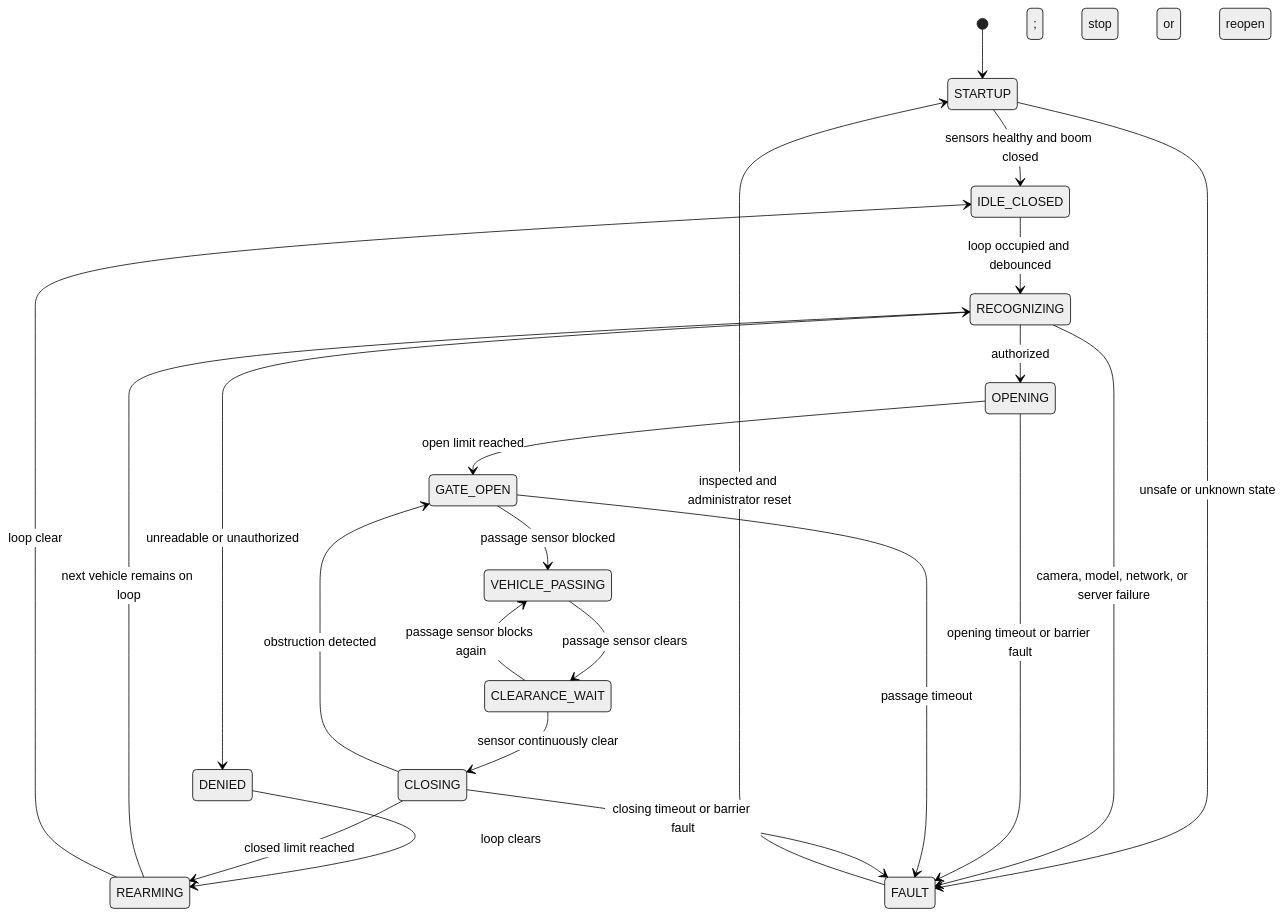
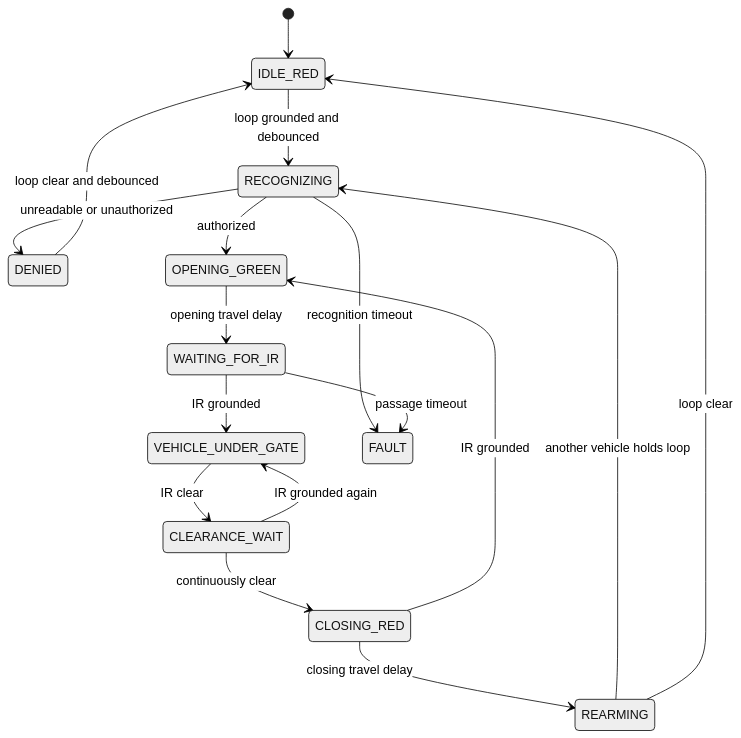
Before and after one commit to T-REXX9/plate-access-control: the diagram in docs/GATE_CONTROL_PLAN.md, drawn with Mermaid (neutral theme). The commit also changed other lines of this file and 18 other files, not shown here.

````diff
--- a/docs/GATE_CONTROL_PLAN.md
+++ b/docs/GATE_CONTROL_PLAN.md
@@ -80,30 +53,19 @@
 ```mermaid
 stateDiagram-v2
-    [*] --> STARTUP
-    STARTUP --> IDLE_CLOSED: sensors healthy and boom closed
-    STARTUP --> FAULT: unsafe or unknown state
-
-    IDLE_CLOSED --> RECOGNIZING: loop occupied and debounced
+    [*] --> IDLE_RED
+    IDLE_RED --> RECOGNIZING: loop grounded and debounced
     RECOGNIZING --> DENIED: unreadable or unauthorized
-    RECOGNIZING --> OPENING: authorized
-    RECOGNIZING --> FAULT: camera, model, network, or server failure
-
-    DENIED --> REARMING: loop clears
-
-    OPENING --> GATE_OPEN: open limit reached
-    OPENING --> FAULT: opening timeout or barrier fault
-
-    GATE_OPEN --> VEHICLE_PASSING: passage sensor blocked
-    GATE_OPEN --> FAULT: passage timeout
-    VEHICLE_PASSING --> CLEARANCE_WAIT: passage sensor clears
-    CLEARANCE_WAIT --> VEHICLE_PASSING: passage sensor blocks again
-    CLEARANCE_WAIT --> CLOSING: sensor continuously clear
-
-    CLOSING --> GATE_OPEN: obstruction detected; stop or reopen
-    CLOSING --> REARMING: closed limit reached
-    CLOSING --> FAULT: closing timeout or barrier fault
-
-    REARMING --> RECOGNIZING: next vehicle remains on loop
-    REARMING --> IDLE_CLOSED: loop clear
-    FAULT --> STARTUP: inspected and administrator reset
+    DENIED --> IDLE_RED: loop clear and debounced
+    RECOGNIZING --> OPENING_GREEN: authorized
+    OPENING_GREEN --> WAITING_FOR_IR: opening travel delay
+    WAITING_FOR_IR --> VEHICLE_UNDER_GATE: IR grounded
+    VEHICLE_UNDER_GATE --> CLEARANCE_WAIT: IR clear
+    CLEARANCE_WAIT --> VEHICLE_UNDER_GATE: IR grounded again
+    CLEARANCE_WAIT --> CLOSING_RED: continuously clear
+    CLOSING_RED --> OPENING_GREEN: IR grounded
+    CLOSING_RED --> REARMING: closing travel delay
+    REARMING --> RECOGNIZING: another vehicle holds loop
+    REARMING --> IDLE_RED: loop clear
+    RECOGNIZING --> FAULT: recognition timeout
+    WAITING_FOR_IR --> FAULT: passage timeout
 ```
````
